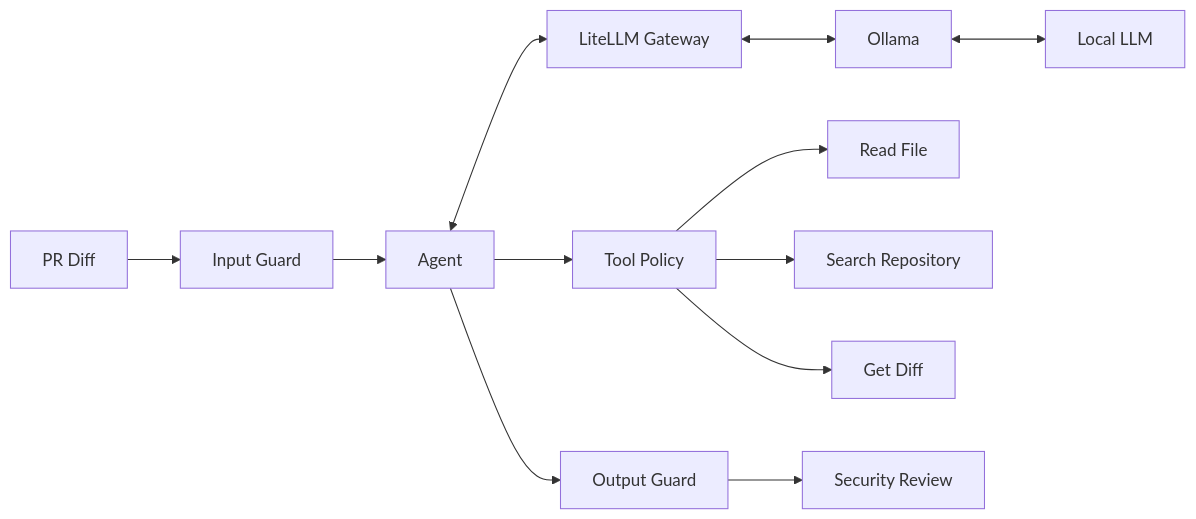
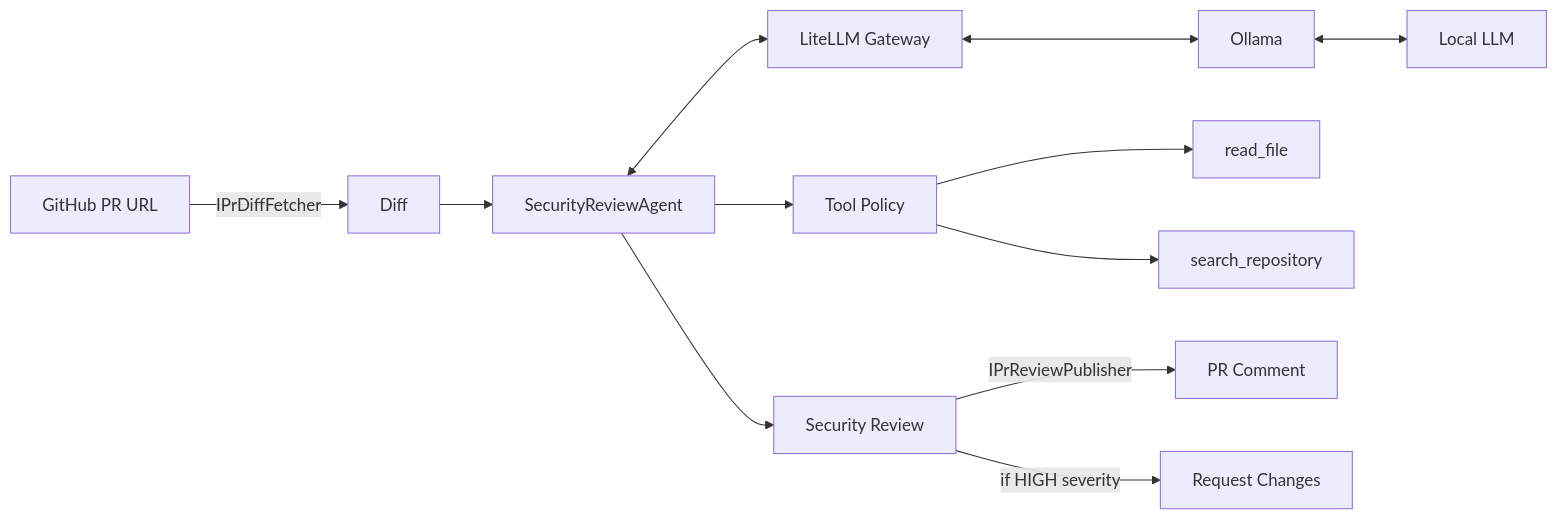
Before and after one commit to DanHaggarty/secure-pr-reviewer: the diagram in README.md, drawn with Mermaid. The commit also changed other lines of this file, not shown here.

Commit message:
docs: refresh README to reflect the agent loop and GitHub integration

````diff
--- a/README.md
+++ b/README.md
@@ -30,20 +35,20 @@
 ```mermaid
 flowchart LR
-    PR[PR Diff] --> G[Input Guard]
+    PR[GitHub PR URL] -->|IPrDiffFetcher| D[Diff]
 
-    G --> A[Agent]
+    D --> A[SecurityReviewAgent]
 
     A <--> GW[LiteLLM Gateway]
     GW <--> O[Ollama]
     O <--> M[Local LLM]
 
     A --> P[Tool Policy]
 
-    P --> R[Read File]
-    P --> S[Search Repository]
-    P --> D[Get Diff]
+    P --> R[read_file]
+    P --> S[search_repository]
 
-    A --> OG[Output Guard]
+    A --> REV[Security Review]
 
-    OG --> RESULT[Security Review]
+    REV -->|IPrReviewPublisher| C[PR Comment]
+    REV -->|if HIGH severity| RC[Request Changes]
 ```
````
